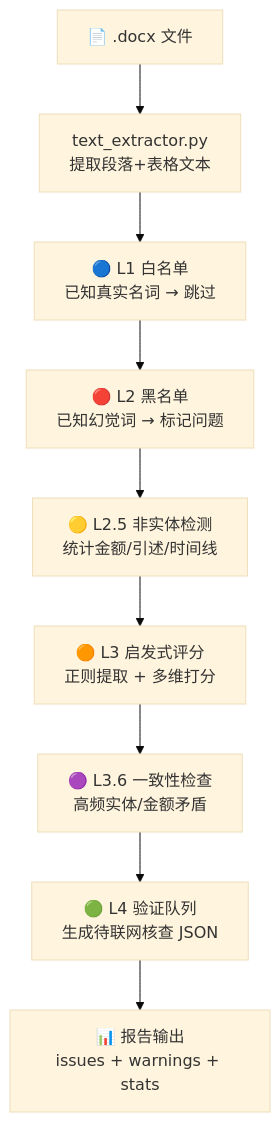
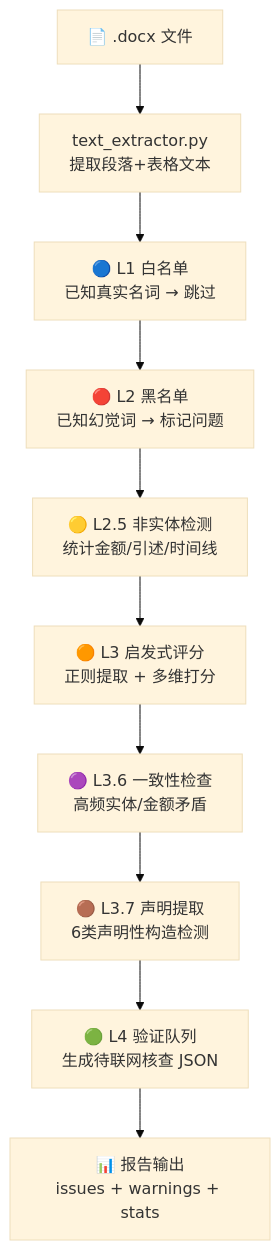
One commit to Virukicy/GEHD changed the first of 2 diagrams in docs/architecture.md. Above: the diagram before and after it, drawn with Mermaid (base theme). The commit also changed other lines of this file and 6 other files, not shown here.

````diff
--- a/docs/architecture.md
+++ b/docs/architecture.md
@@ -78,11 +87,12 @@
 ```mermaid
 flowchart TD
     INPUT["📄 .docx 文件"] --> EXTRACT["text_extractor.py<br/>提取段落+表格文本"]
     EXTRACT --> L1["🔵 L1 白名单<br/>已知真实名词 → 跳过"]
     L1 --> L2["🔴 L2 黑名单<br/>已知幻觉词 → 标记问题"]
     L2 --> L25["🟡 L2.5 非实体检测<br/>统计金额/引述/时间线"]
     L25 --> L3["🟠 L3 启发式评分<br/>正则提取 + 多维打分"]
     L3 --> L36["🟣 L3.6 一致性检查<br/>高频实体/金额矛盾"]
-    L36 --> L4["🟢 L4 验证队列<br/>生成待联网核查 JSON"]
+    L36 --> L37["🟤 L3.7 声明提取<br/>6类声明性构造检测"]
+    L37 --> L4["🟢 L4 验证队列<br/>生成待联网核查 JSON"]
     L4 --> OUTPUT["📊 报告输出<br/>issues + warnings + stats"]
 ```
````
